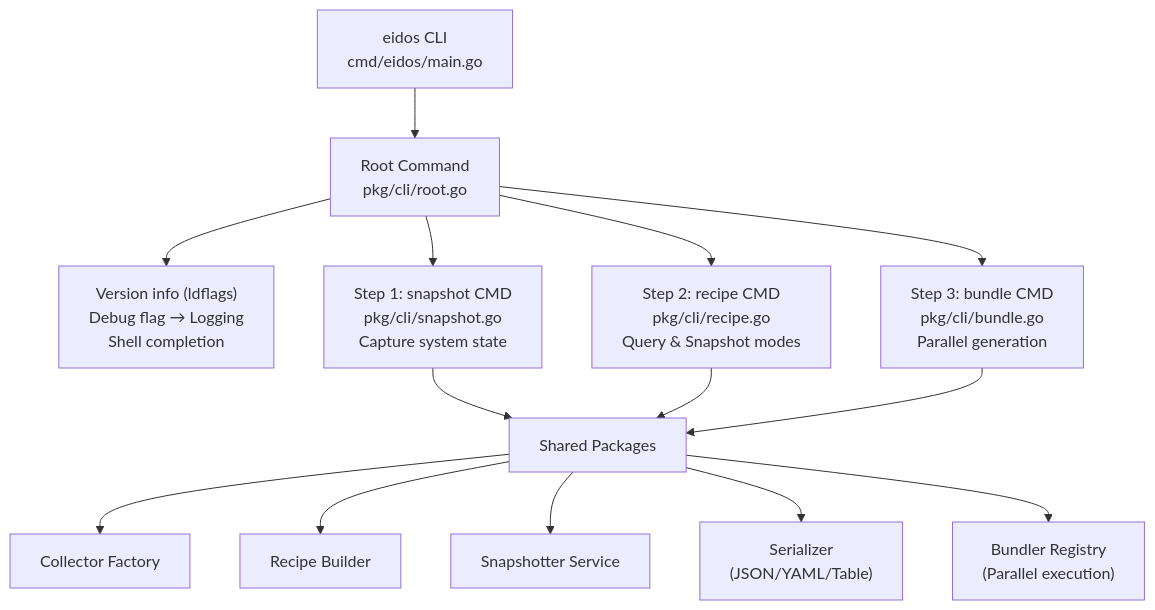
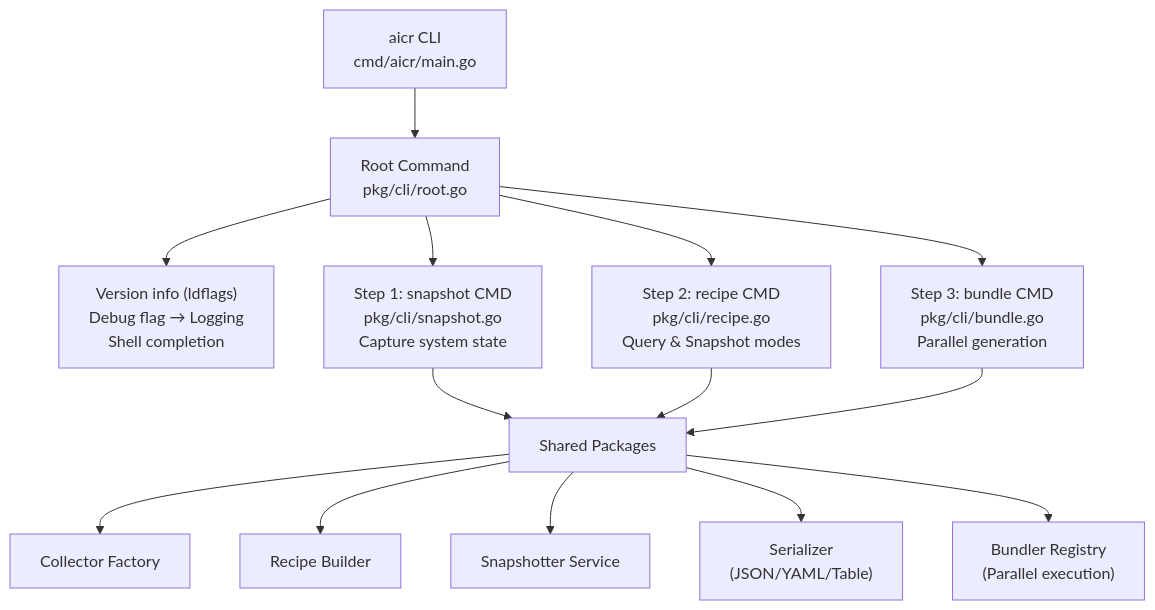
The first of 17 diagrams in docs/contributor/cli.md (hkii/aicr), drawn with Mermaid before and after one commit. The commit also changed other lines of this file and 381 other files, not shown here.

First line of the commit message:
rename: eidos → aicr (AI Cluster Runtime)

````diff
--- a/docs/contributor/cli.md
+++ b/docs/contributor/cli.md
@@ -158,20 +158,20 @@
 ```mermaid
 flowchart TD
-    A["eidos CLI<br/>cmd/eidos/main.go"] --> B["Root Command<br/>pkg/cli/root.go"]
+    A["aicr CLI<br/>cmd/aicr/main.go"] --> B["Root Command<br/>pkg/cli/root.go"]
     
     B --> B1["Version info (ldflags)<br/>Debug flag → Logging<br/>Shell completion"]
     
     B --> C["Step 1: snapshot CMD<br/>pkg/cli/snapshot.go<br/>Capture system state"]
     B --> D["Step 2: recipe CMD<br/>pkg/cli/recipe.go<br/>Query & Snapshot modes"]
     B --> E["Step 3: bundle CMD<br/>pkg/cli/bundle.go<br/>Parallel generation"]
     
     C --> F[Shared Packages]
     D --> F
     E --> F
     
     F --> F1["Collector Factory"]
     F --> F2["Recipe Builder"]
     F --> F3["Snapshotter Service"]
     F --> F4["Serializer<br/>(JSON/YAML/Table)"]
     F --> F5["Bundler Registry<br/>(Parallel execution)"]
 ```
````
